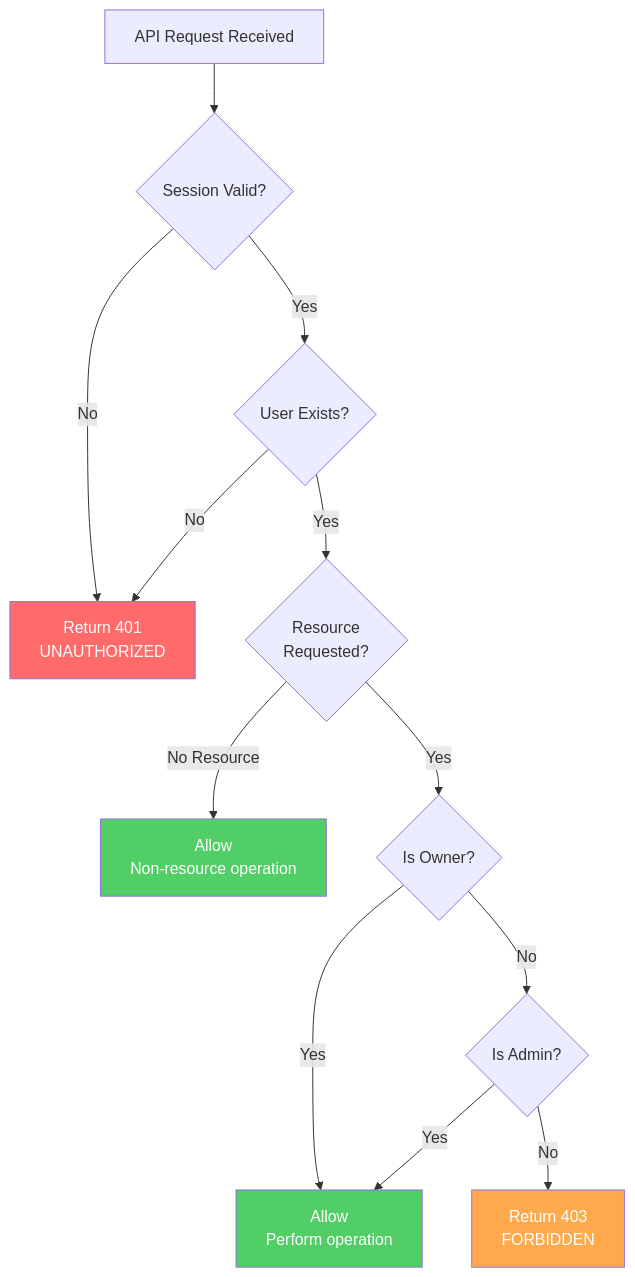
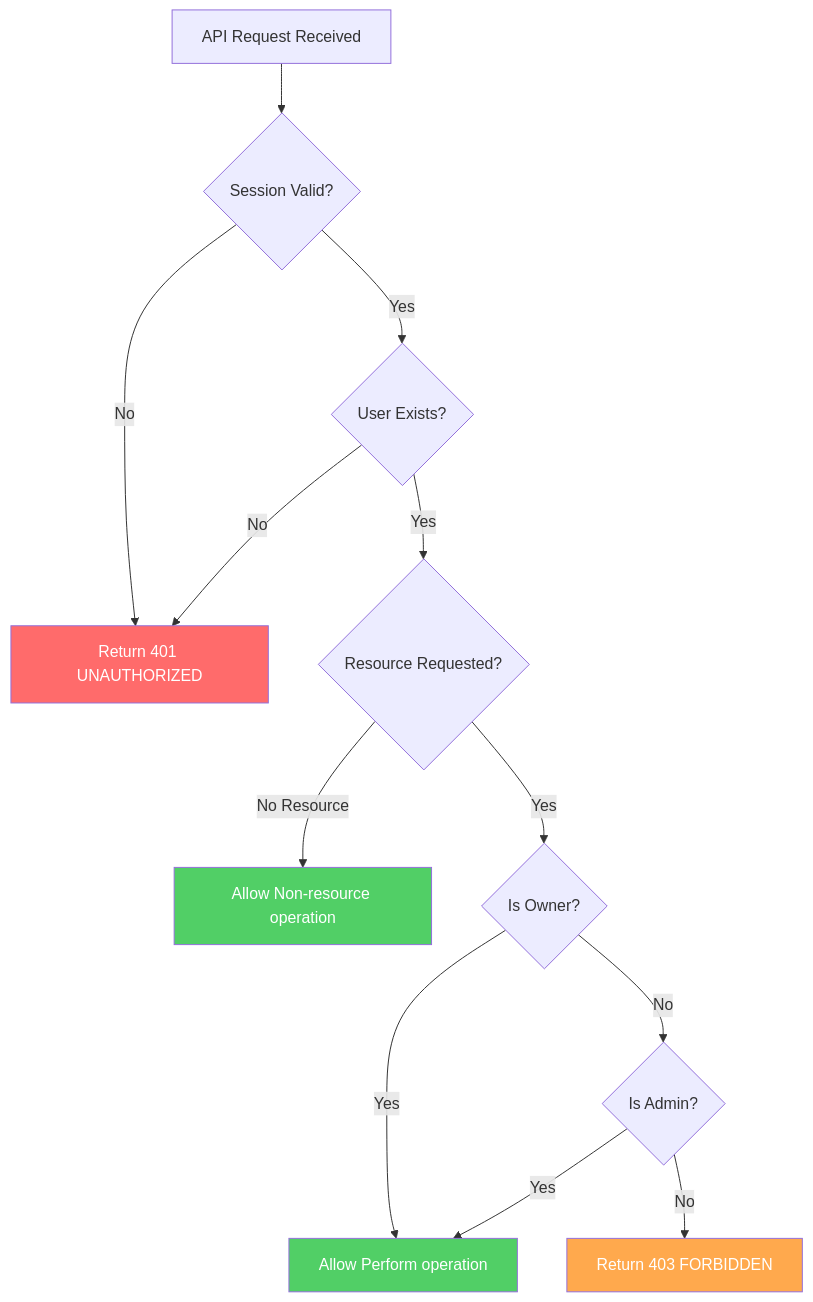
Before and after one commit to PKPL-Pusing-Kurang-Paham-Lurr/tk-2: diagram 11 of 18 in README.md, drawn with Mermaid. The commit also changed other lines of this file, not shown here.

````diff
--- a/README.md
+++ b/README.md
@@ -507,21 +506,21 @@
 ```mermaid
 flowchart TD
     A[API Request Received] --> B{Session Valid?}
-    B -->|No| E[Return 401<br/>UNAUTHORIZED]
+    B -->|No| E[Return 401 UNAUTHORIZED]
     B -->|Yes| C{User Exists?}
     C -->|No| E
-    C -->|Yes| D{Resource<br/>Requested?}
+    C -->|Yes| D{Resource Requested?}
     
-    D -->|No Resource| F[Allow<br/>Non-resource operation]
+    D -->|No Resource| F[Allow Non-resource operation]
     D -->|Yes| G{Is Owner?}
     
-    G -->|Yes| H[Allow<br/>Perform operation]
+    G -->|Yes| H[Allow Perform operation]
     G -->|No| I{Is Admin?}
     I -->|Yes| H
-    I -->|No| J[Return 403<br/>FORBIDDEN]
+    I -->|No| J[Return 403 FORBIDDEN]
     
     style E fill:#ff6b6b,color:#fff
     style J fill:#ffa94d,color:#fff
     style F fill:#51cf66,color:#fff
     style H fill:#51cf66,color:#fff
 ```
````
